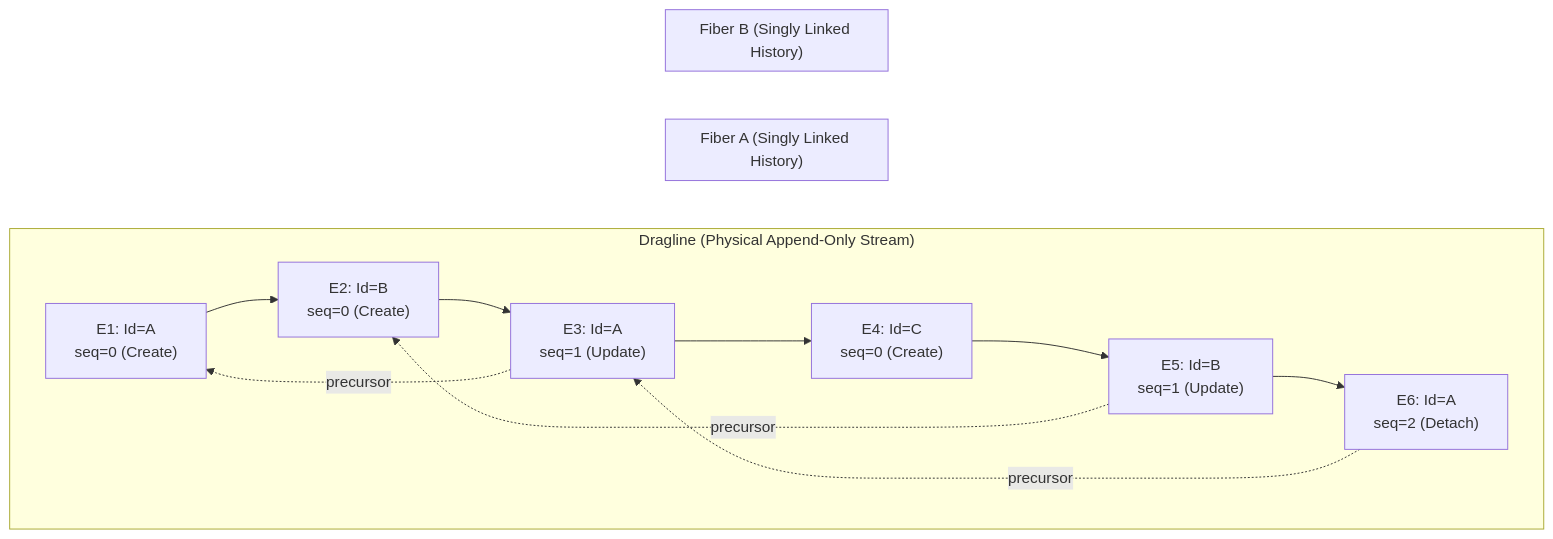
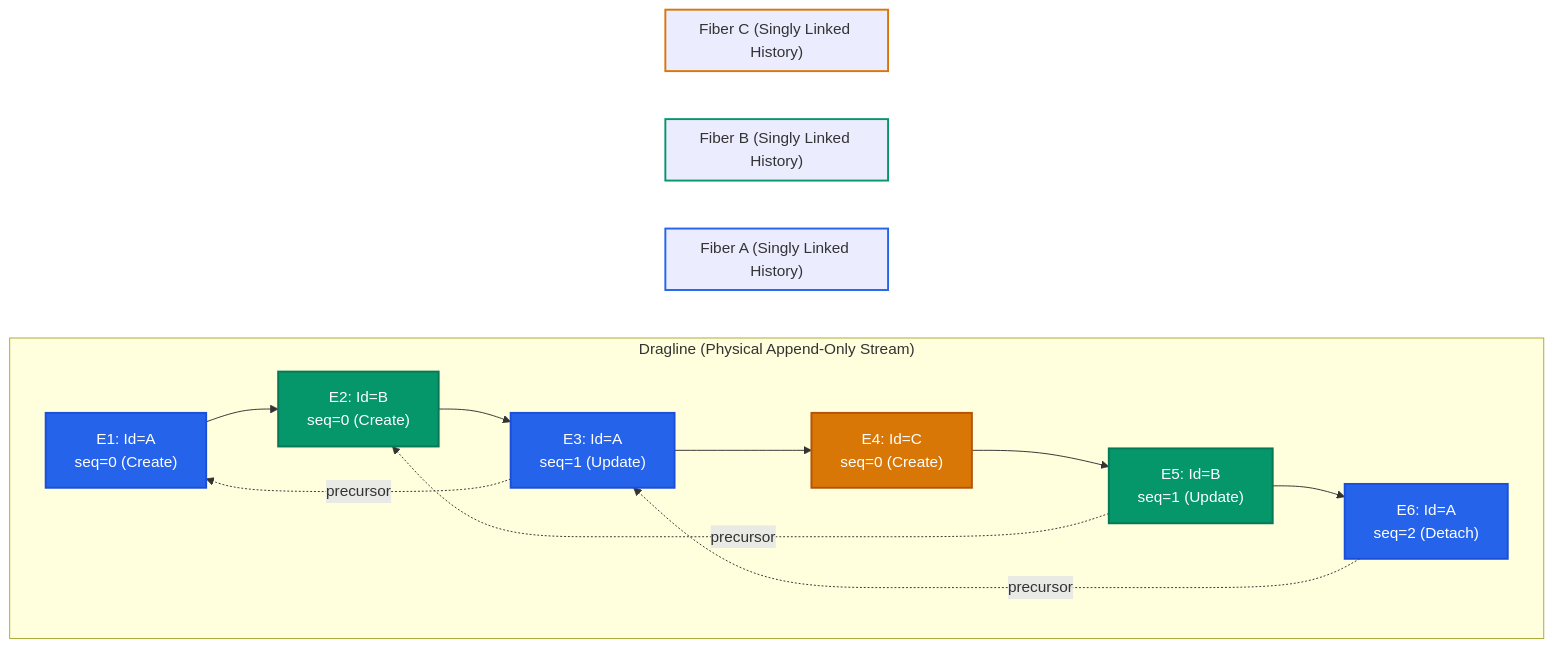
The second of 5 diagrams in content/projects/pardosa/index.md (acje/acje.github.io), drawn with Mermaid before and after one commit.

Commit message:
Color-code fibers and add Fiber C in Pardosa dragline commit diagram
Assign distinct colors to Fiber A (#2563eb), Fiber B (#059669), and Fiber C (#d97706) with Mermaid classDef and styled subgraphs matching dragline events.

Refs: acje_github_io-1dj

````diff
--- a/content/projects/pardosa/index.md
+++ b/content/projects/pardosa/index.md
@@ -68,23 +68,39 @@
 ```mermaid
 flowchart LR
     subgraph Dragline ["Dragline (Physical Append-Only Stream)"]
         direction LR
         E1["E1: Id=A<br/>seq=0 (Create)"]
         E2["E2: Id=B<br/>seq=0 (Create)"]
         E3["E3: Id=A<br/>seq=1 (Update)"]
         E4["E4: Id=C<br/>seq=0 (Create)"]
         E5["E5: Id=B<br/>seq=1 (Update)"]
         E6["E6: Id=A<br/>seq=2 (Detach)"]
 
         E1 --> E2 --> E3 --> E4 --> E5 --> E6
     end
 
     subgraph FiberA ["Fiber A (Singly Linked History)"]
         E6 -. precursor .-> E3
         E3 -. precursor .-> E1
     end
 
     subgraph FiberB ["Fiber B (Singly Linked History)"]
         E5 -. precursor .-> E2
     end
+
+    subgraph FiberC ["Fiber C (Singly Linked History)"]
+        E4
+    end
+
+    classDef fiberA fill:#2563eb,stroke:#1d4ed8,stroke-width:2px,color:#ffffff
+    classDef fiberB fill:#059669,stroke:#047857,stroke-width:2px,color:#ffffff
+    classDef fiberC fill:#d97706,stroke:#b45309,stroke-width:2px,color:#ffffff
+
+    class E1,E3,E6 fiberA
+    class E2,E5 fiberB
+    class E4 fiberC
+
+    style FiberA stroke:#2563eb,stroke-width:2px
+    style FiberB stroke:#059669,stroke-width:2px
+    style FiberC stroke:#d97706,stroke-width:2px
 ```
````
